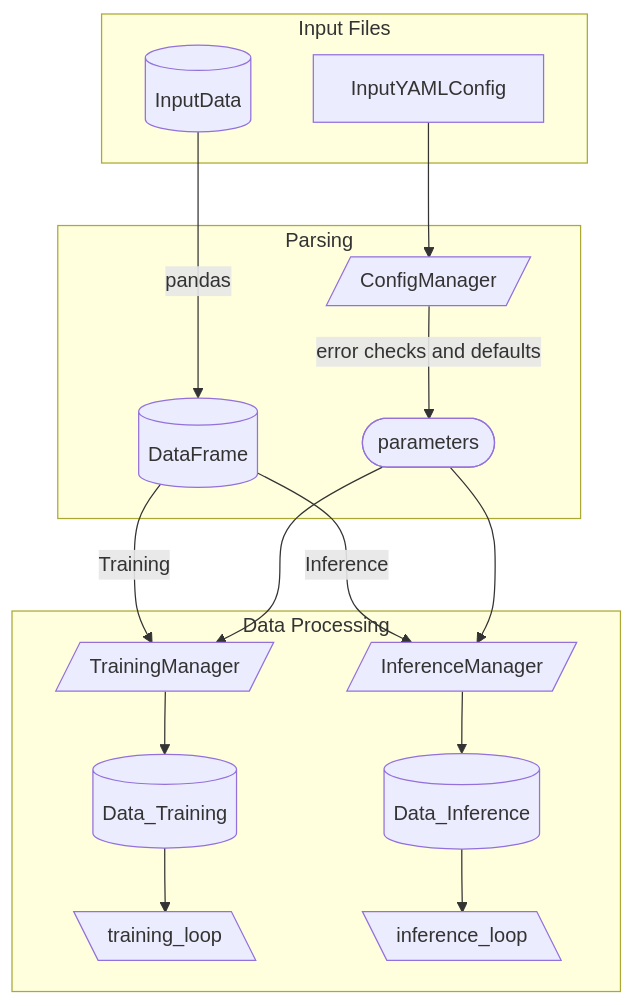
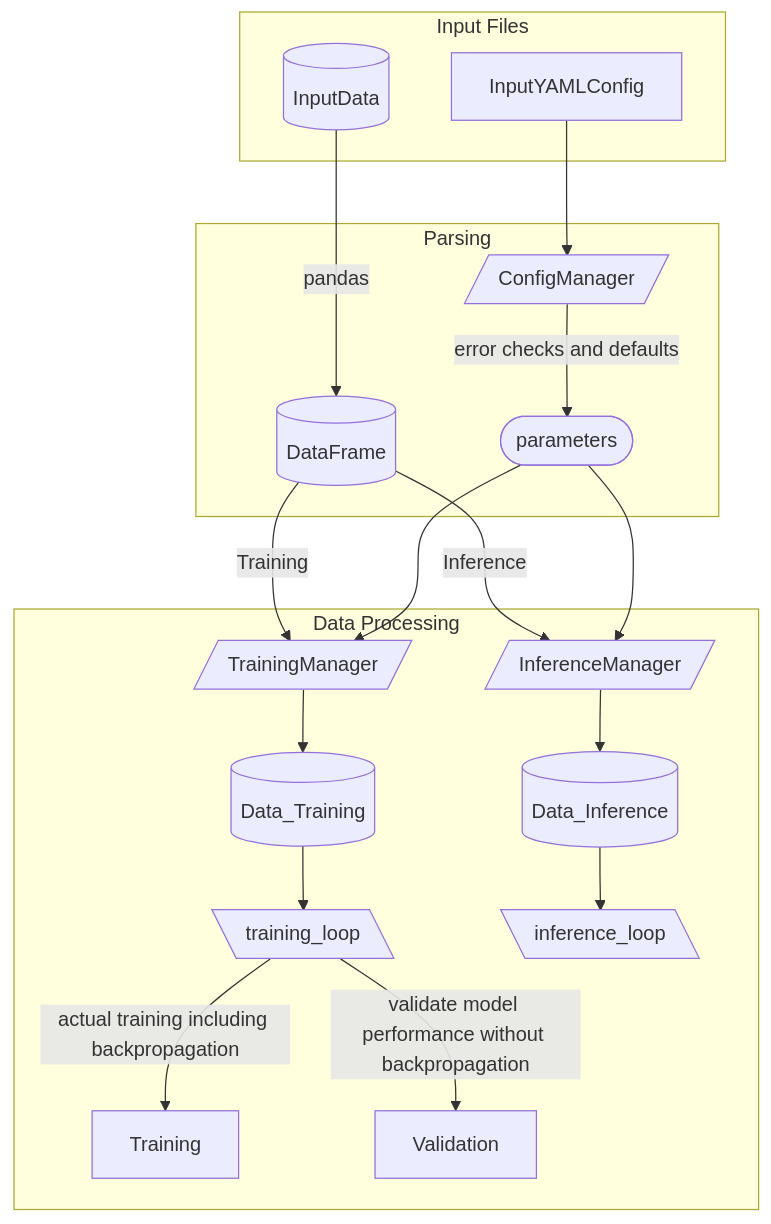
The first of 6 diagrams in docs/flowchart.md (szmazurek/GaNDLF), drawn with Mermaid before and after one commit.

Commit message:
added some more notes

````diff
--- a/docs/flowchart.md
+++ b/docs/flowchart.md
@@ -4,19 +4,21 @@
 ```mermaid
 flowchart TD
     subgraph Input Files
         InputData[(InputData)] 
         InputYAMLConfig 
     end
 
     subgraph Parsing
         InputData[(InputData)] -->|pandas| df[(DataFrame)]
         InputYAMLConfig --> ConfigManager[/ConfigManager/] -->|error checks and defaults| parameters([parameters])
     end
 
     subgraph Data Processing
         df --> |Training| TrainingManager[/TrainingManager/] --> Data_Training[(Data_Training)] --> training_loop[\training_loop\]
         df --> |Inference| InferenceManager[/InferenceManager/] --> Data_Inference[(Data_Inference)] --> inference_loop[\inference_loop\]
         parameters([parameters]) --> TrainingManager
         parameters --> InferenceManager
+        training_loop -->|actual training including backpropagation| Training
+        training_loop -->|validate model performance without backpropagation| Validation
     end
 ```
````
